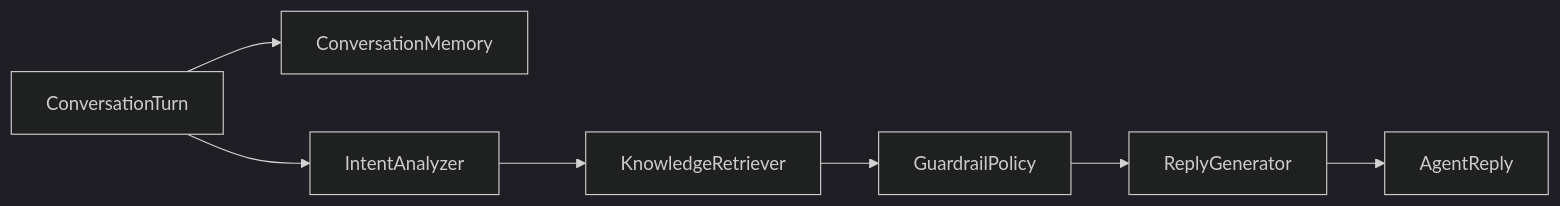
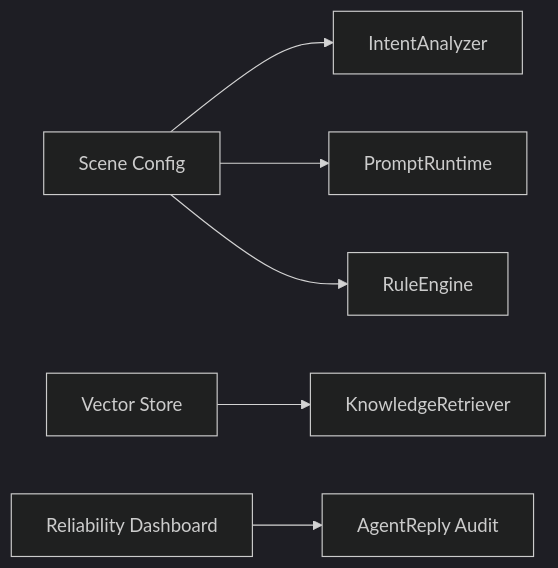
One commit to anjing-le/agent-customer-service changed the second of 2 diagrams in project_document/DOMAIN_MODEL.md. Above: the diagram before and after it, drawn with Mermaid (dark theme). The commit also changed other lines of this file and 8 other files, not shown here.

Commit message:
refactor: introduce agent runtime

````diff
--- a/project_document/DOMAIN_MODEL.md
+++ b/project_document/DOMAIN_MODEL.md
@@ -47,9 +58,8 @@
 ```mermaid
 flowchart LR
-    A["ConversationTurn"] --> B["ConversationMemory"]
-    A --> C["IntentAnalyzer"]
-    C --> D["KnowledgeRetriever"]
-    D --> E["GuardrailPolicy"]
-    E --> F["ReplyGenerator"]
-    F --> G["AgentReply"]
+    A["Scene Config"] --> B["IntentAnalyzer"]
+    A --> C["PromptRuntime"]
+    A --> D["RuleEngine"]
+    E["Vector Store"] --> F["KnowledgeRetriever"]
+    G["Reliability Dashboard"] --> H["AgentReply Audit"]
 ```
````
